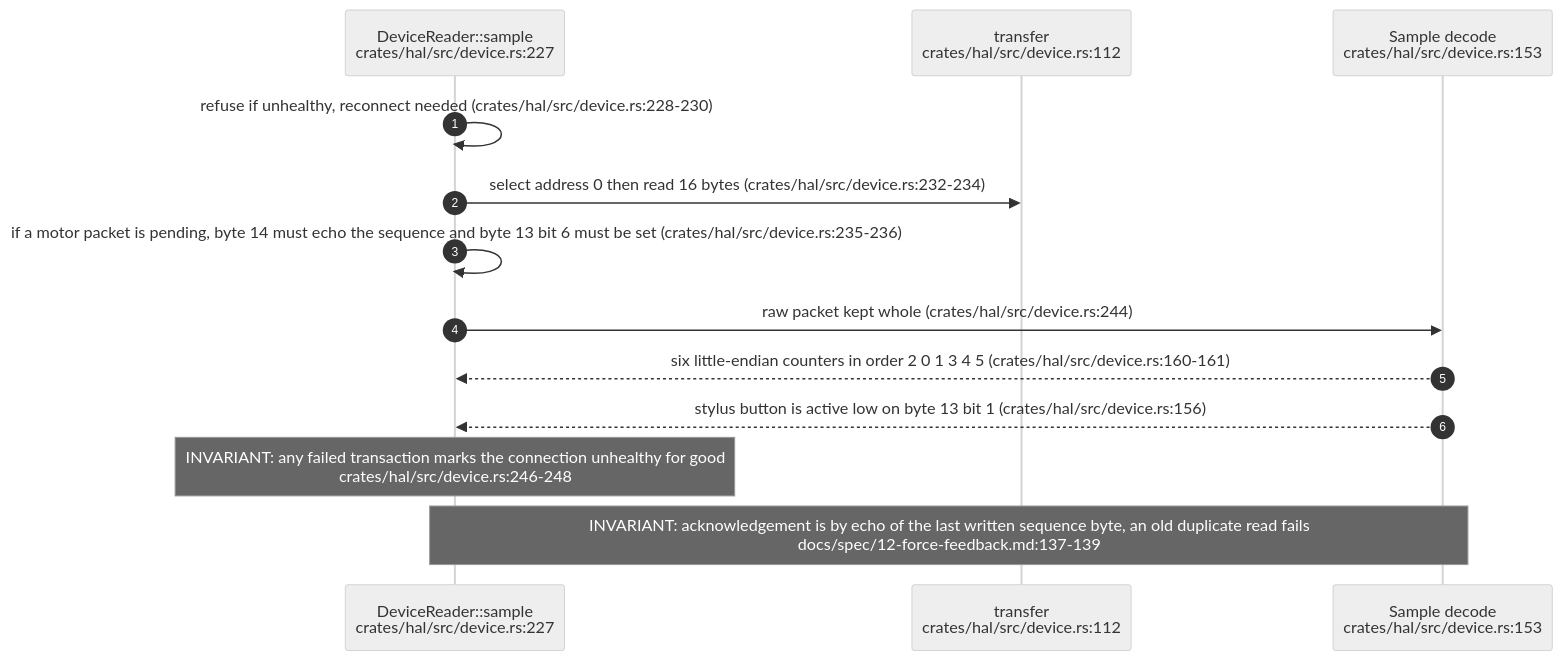
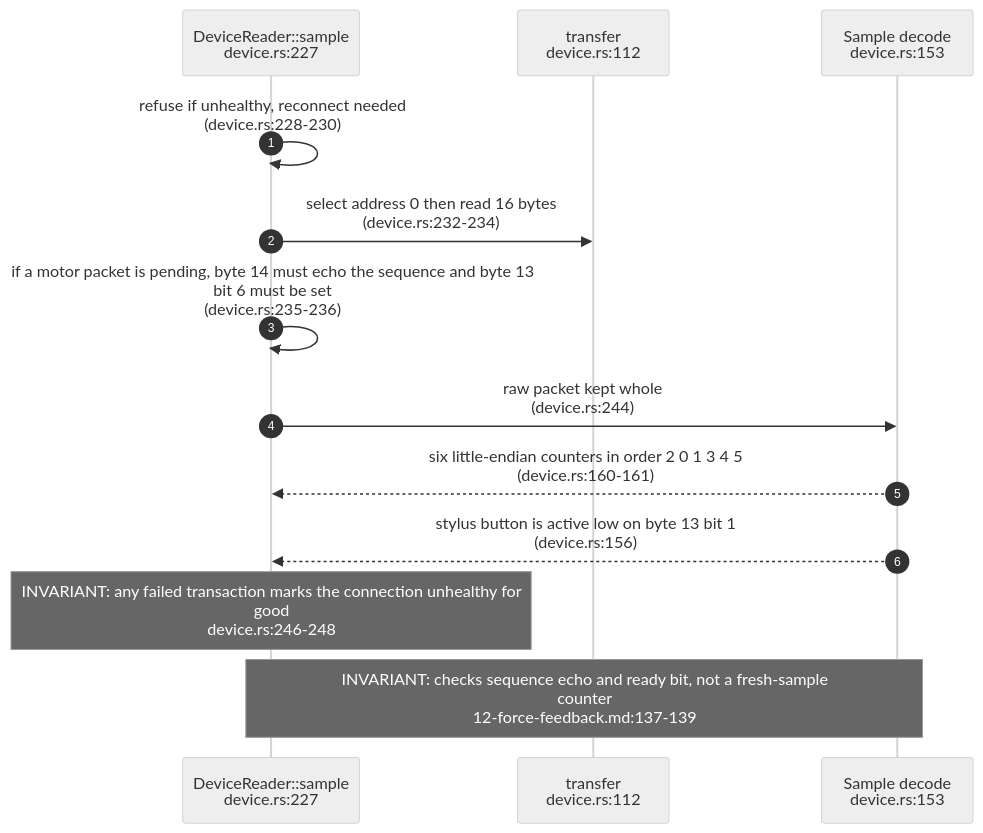
The third of 5 diagrams in docs/diagrams/visiontouch-rs/02-transport-software-epp-and-force-session.md (DreamLab-AI/VisionFlow), drawn with Mermaid (neutral theme) before and after one commit. The commit also changed other lines of this file and 27 other files, not shown here.

````diff
--- a/docs/diagrams/visiontouch-rs/02-transport-software-epp-and-force-session.md
+++ b/docs/diagrams/visiontouch-rs/02-transport-software-epp-and-force-session.md
@@ -79,15 +81,15 @@
 ```mermaid
 sequenceDiagram
     autonumber
-    participant SM as DeviceReader::sample<br/>crates/hal/src/device.rs:227
-    participant TR as transfer<br/>crates/hal/src/device.rs:112
-    participant SA as Sample decode<br/>crates/hal/src/device.rs:153
-    SM->>SM: refuse if unhealthy, reconnect needed (crates/hal/src/device.rs:228-230)
-    SM->>TR: select address 0 then read 16 bytes (crates/hal/src/device.rs:232-234)
-    SM->>SM: if a motor packet is pending, byte 14 must echo the sequence and byte 13 bit 6 must be set (crates/hal/src/device.rs:235-236)
-    SM->>SA: raw packet kept whole (crates/hal/src/device.rs:244)
-    SA-->>SM: six little-endian counters in order 2 0 1 3 4 5 (crates/hal/src/device.rs:160-161)
-    SA-->>SM: stylus button is active low on byte 13 bit 1 (crates/hal/src/device.rs:156)
-    Note over SM: INVARIANT: any failed transaction marks the connection unhealthy for good<br/>crates/hal/src/device.rs:246-248
-    Note over SM,SA: INVARIANT: acknowledgement is by echo of the last written sequence byte, an old duplicate read fails<br/>docs/spec/12-force-feedback.md:137-139
+    participant SM as DeviceReader::sample<br/>device.rs:227
+    participant TR as transfer<br/>device.rs:112
+    participant SA as Sample decode<br/>device.rs:153
+    SM->>SM: refuse if unhealthy, reconnect needed<br/>(device.rs:228-230)
+    SM->>TR: select address 0 then read 16 bytes<br/>(device.rs:232-234)
+    SM->>SM: if a motor packet is pending, byte 14 must echo the sequence and byte 13<br/>bit 6 must be set<br/>(device.rs:235-236)
+    SM->>SA: raw packet kept whole<br/>(device.rs:244)
+    SA-->>SM: six little-endian counters in order 2 0 1 3 4 5<br/>(device.rs:160-161)
+    SA-->>SM: stylus button is active low on byte 13 bit 1<br/>(device.rs:156)
+    Note over SM: INVARIANT: any failed transaction marks the connection unhealthy for<br/>good<br/>device.rs:246-248
+    Note over SM,SA: INVARIANT: checks sequence echo and ready bit, not a fresh-sample<br/>counter<br/>12-force-feedback.md:137-139
 ```
````
